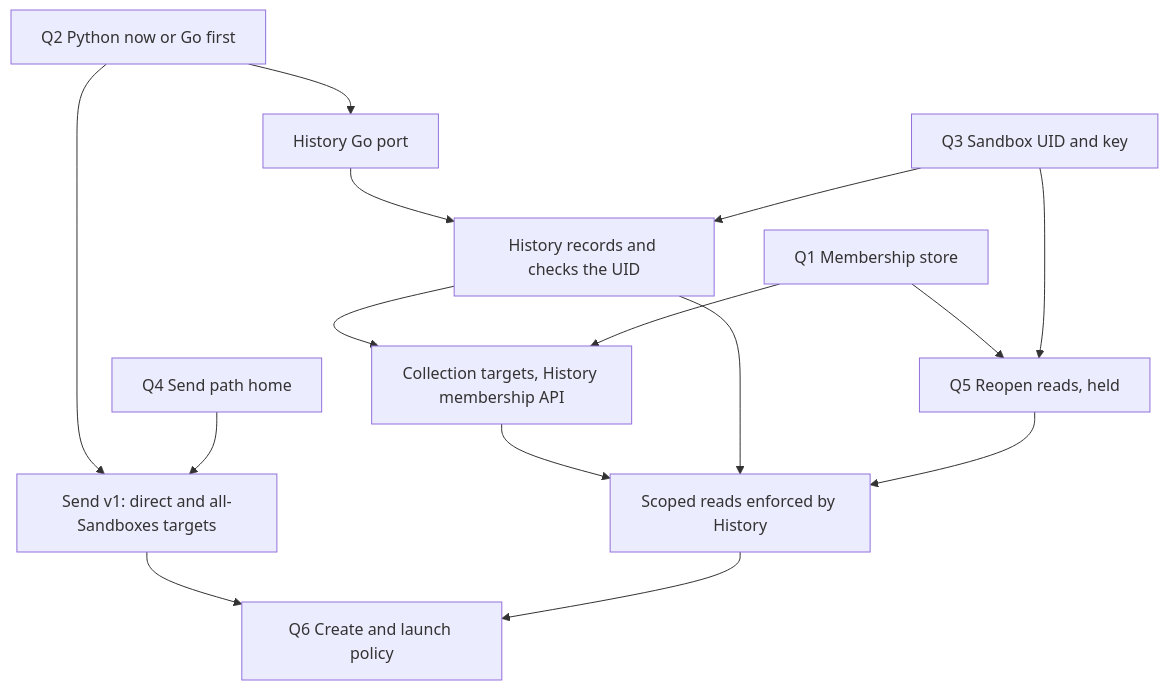
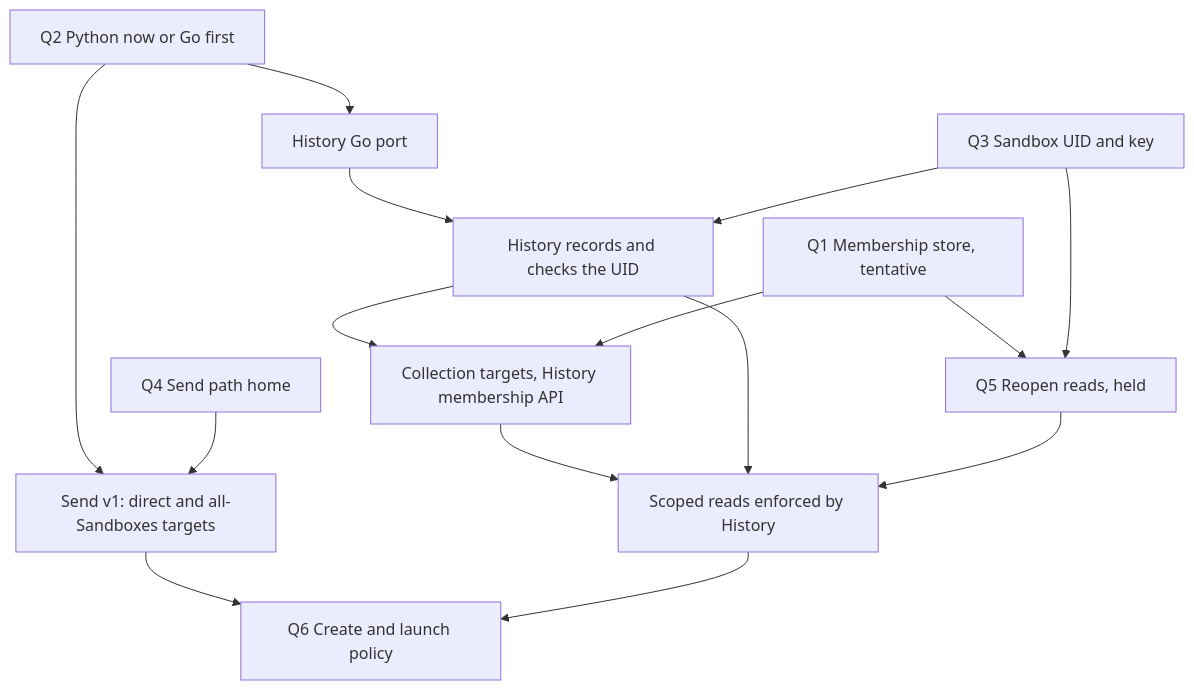
Before and after one commit to agentydragon/ducktape: the diagram in agentplane/plans/architecture_overview.md, drawn with Mermaid. The commit also changed other lines of this file, not shown here.

First line of the commit message:
docs(agentplane): record the operator's tentative answer on collection membership

````diff
--- a/agentplane/plans/architecture_overview.md
+++ b/agentplane/plans/architecture_overview.md
@@ -112,28 +116,28 @@
 ```mermaid
 flowchart TD
-    Q1["Q1 Membership store"]
+    Q1["Q1 Membership store, tentative"]
     Q2["Q2 Python now or Go first"]
     Q3["Q3 Sandbox UID and key"]
     Q4["Q4 Send path home"]
     Q5["Q5 Reopen reads, held"]
     Q6["Q6 Create and launch policy"]
     SEND["Send v1: direct and all-Sandboxes targets"]
     PORT["History Go port"]
     UID["History records and checks the UID"]
     COLL["Collection targets, History membership API"]
     READ["Scoped reads enforced by History"]
     Q2 --> PORT
     Q2 --> SEND
     Q4 --> SEND
     PORT --> UID
     Q3 --> UID
     UID --> COLL
     Q1 --> COLL
     Q1 --> Q5
     Q3 --> Q5
     COLL --> READ
     UID --> READ
     Q5 --> READ
     SEND --> Q6
     READ --> Q6
 ```
````
